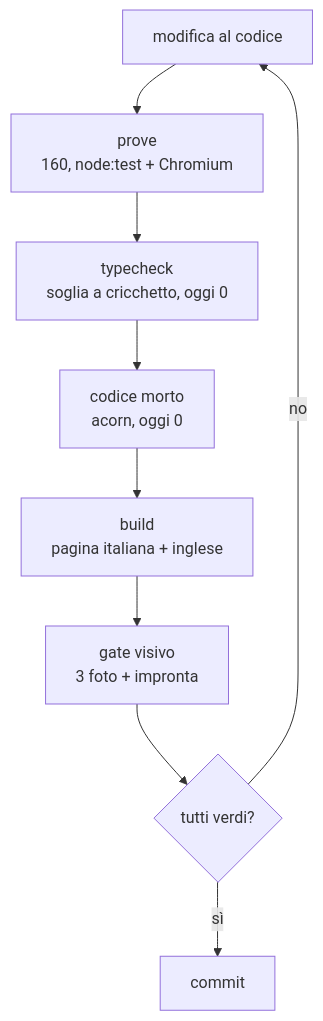
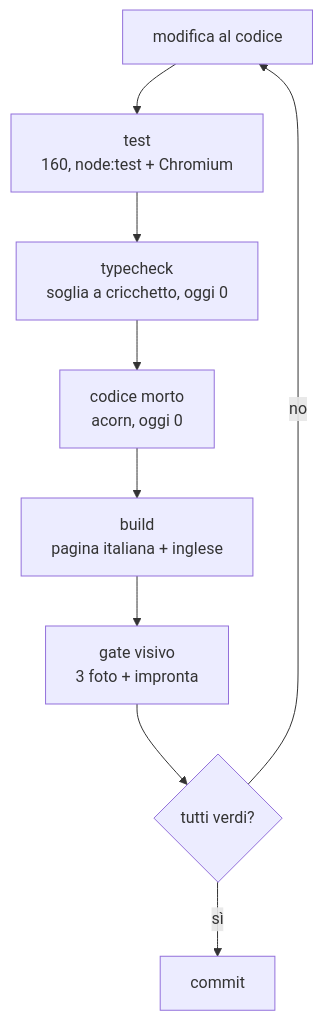
One commit to ale-ehp/retro-future changed the diagram in doc/docs/ingegneria/qualita-e-controlli.mdx. Above: the diagram before and after it, drawn with Mermaid. The commit also changed other lines of this file and 22 other files, not shown here.

````diff
--- a/doc/docs/ingegneria/qualita-e-controlli.mdx
+++ b/doc/docs/ingegneria/qualita-e-controlli.mdx
@@ -60,11 +59,11 @@
 ```mermaid
 flowchart TB
-  A[modifica al codice] --> B[prove<br/>160, node:test + Chromium]
+  A[modifica al codice] --> B[test<br/>160, node:test + Chromium]
   B --> C[typecheck<br/>soglia a cricchetto, oggi 0]
   C --> D[codice morto<br/>acorn, oggi 0]
   D --> E[build<br/>pagina italiana + inglese]
   E --> F[gate visivo<br/>3 foto + impronta]
   F --> G{tutti verdi?}
   G -->|sì| H[commit]
   G -->|no| A
 ```
````
